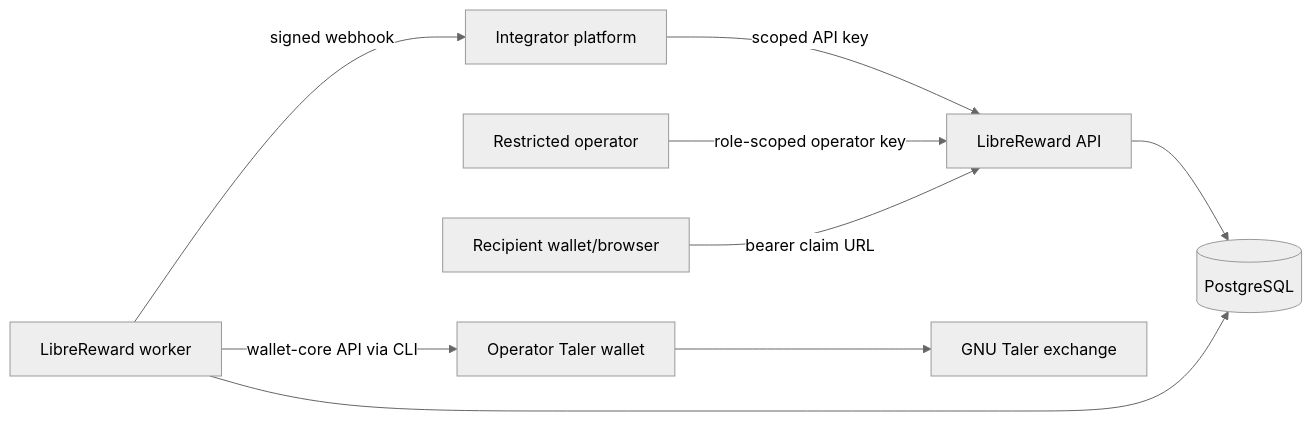
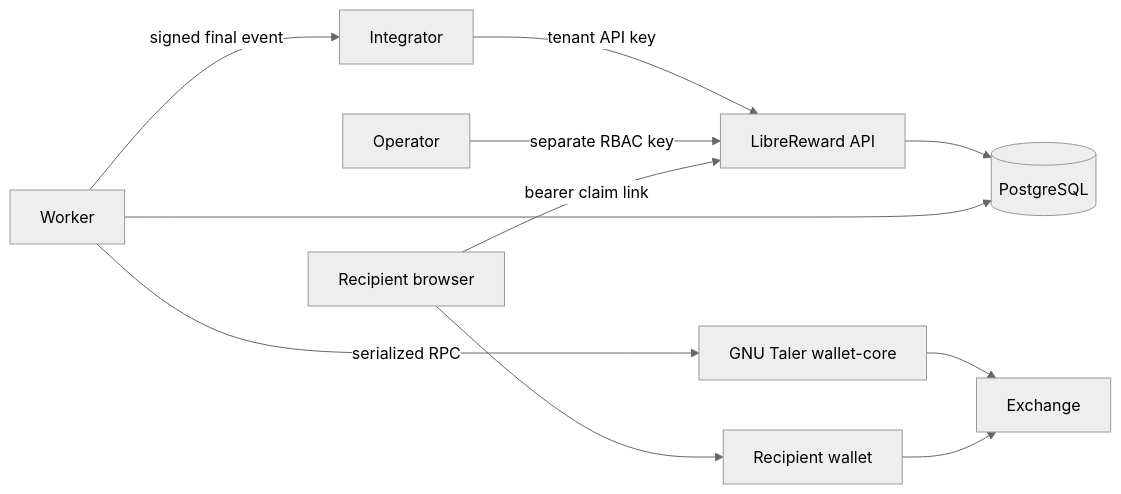
One commit to robyroro/libreward-bridge changed the first of 5 diagrams in docs/ARCHITECTURE.md. Above: the diagram before and after it, drawn with Mermaid (neutral theme). The commit also changed other lines of this file and 101 other files, not shown here.

````diff
--- a/docs/ARCHITECTURE.md
+++ b/docs/ARCHITECTURE.md
@@ -7,11 +7,13 @@
 ```mermaid
 flowchart LR
-  I["Integrator platform"] -->|"scoped API key"| A["LibreReward API"]
-  O["Restricted operator"] -->|"role-scoped operator key"| A
-  R["Recipient wallet/browser"] -->|"bearer claim URL"| A
+  I["Integrator"] -->|"tenant API key"| A["LibreReward API"]
+  O["Operator"] -->|"separate RBAC key"| A
+  R["Recipient browser"] -->|"bearer claim link"| A
   A --> P[("PostgreSQL")]
-  W["LibreReward worker"] --> P
-  W -->|"wallet-core API via CLI"| T["Operator Taler wallet"]
-  T --> E["GNU Taler exchange"]
-  W -->|"signed webhook"| I
+  W["Worker"] --> P
+  W -->|"serialized RPC"| T["GNU Taler wallet-core"]
+  T --> E["Exchange"]
+  R --> RW["Recipient wallet"]
+  RW --> E
+  W -->|"signed final event"| I
 ```
````
